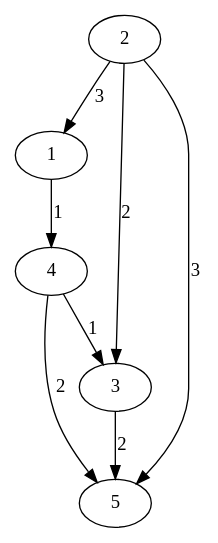
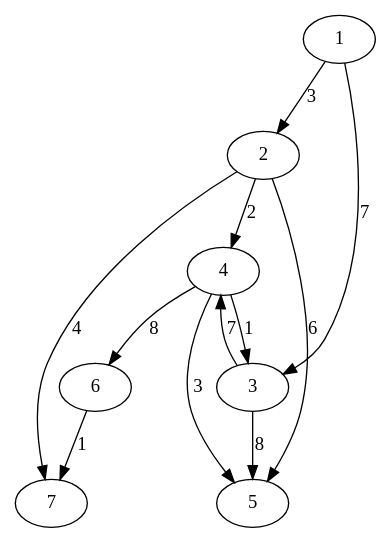
Before and after one commit to RuojunHong/GnomenWald: the diagram in g.dot, drawn with Graphviz. The commit also changed 11 other files, not shown here.

```diff
--- a/g.dot
+++ b/g.dot
@@ -1,9 +1,13 @@
 digraph G {
-1->4[label="1"];
+1->2[label="3"];
+1->3[label="7"];
+2->4[label="2"];
+2->5[label="6"];
+2->7[label="4"];
+3->5[label="8"];
+3->4[label="7"];
+4->5[label="3"];
 4->3[label="1"];
-4->5[label="2"];
-2->1[label="3"];
-2->3[label="2"];
-2->5[label="3"];
-3->5[label="2"];
+4->6[label="8"];
+6->7[label="1"];
 }
```
